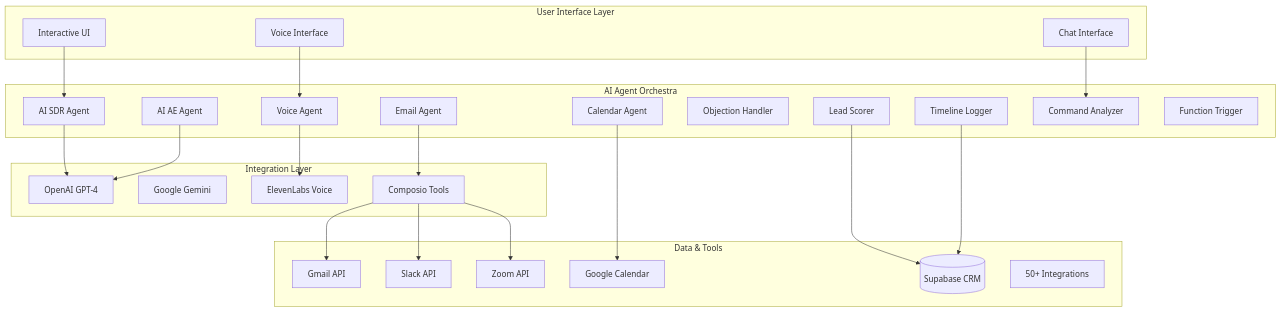
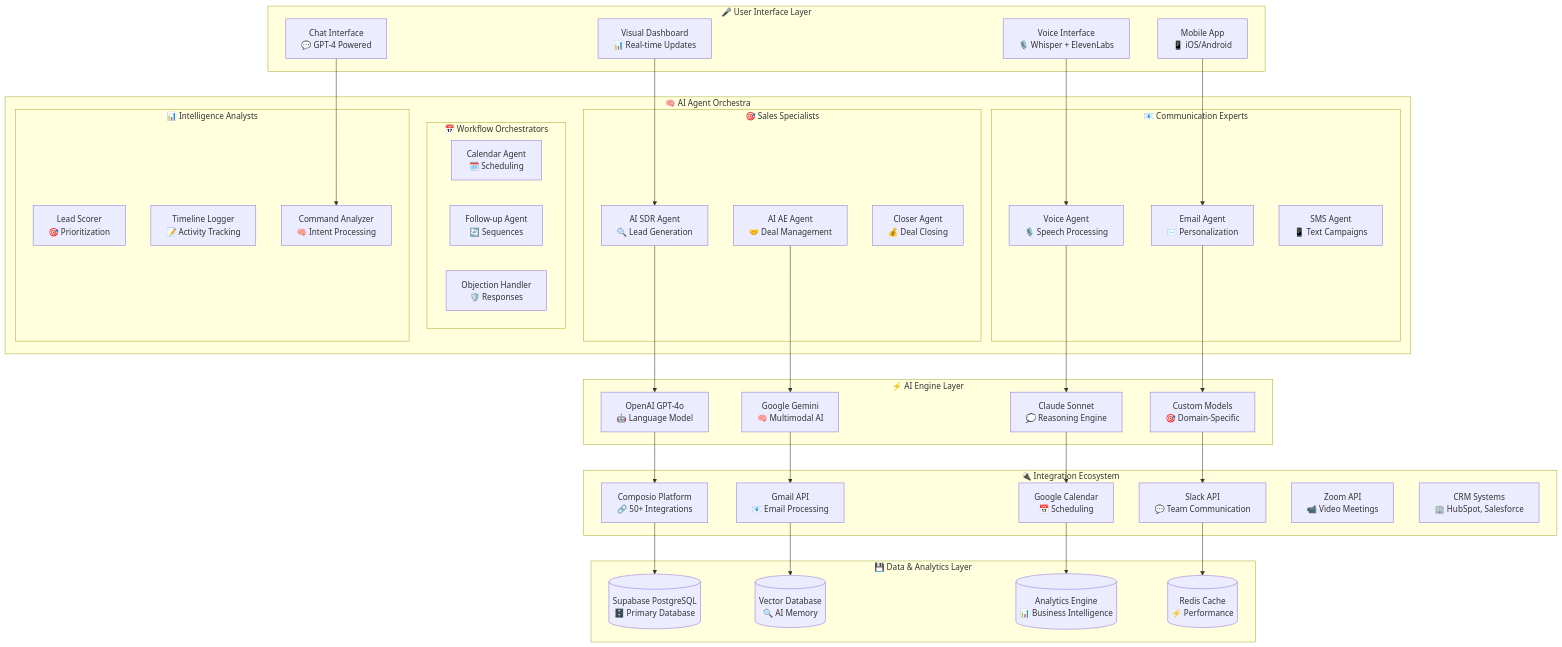
The second of 6 diagrams in README.md (deangilmoreremix/aiagentsuite), drawn with Mermaid before and after one commit. The commit also changed other lines of this file, not shown here.

````diff
--- a/README.md
+++ b/README.md
@@ -66,54 +183,78 @@
 ```mermaid
 graph TB
-    subgraph "User Interface Layer"
-        UI[Interactive UI]
-        Voice[Voice Interface]
-        Chat[Chat Interface]
+    subgraph "🎤 User Interface Layer"
+        Voice[Voice Interface<br/>🎙️ Whisper + ElevenLabs]
+        Chat[Chat Interface<br/>💬 GPT-4 Powered]
+        UI[Visual Dashboard<br/>📊 Real-time Updates]
+        Mobile[Mobile App<br/>📱 iOS/Android]
     end
     
-    subgraph "AI Agent Orchestra"
-        SDR[AI SDR Agent]
-        AE[AI AE Agent]
-        Voice_Agent[Voice Agent]
-        Email[Email Agent]
-        Calendar[Calendar Agent]
-        Handler[Objection Handler]
-        Scorer[Lead Scorer]
-        Logger[Timeline Logger]
-        Analyzer[Command Analyzer]
-        Trigger[Function Trigger]
+    subgraph "🧠 AI Agent Orchestra"
+        subgraph "🎯 Sales Specialists"
+            SDR[AI SDR Agent<br/>🔍 Lead Generation]
+            AE[AI AE Agent<br/>🤝 Deal Management]
+            Closer[Closer Agent<br/>💰 Deal Closing]
+        end
+        
+        subgraph "📧 Communication Experts"
+            Email[Email Agent<br/>✉️ Personalization]
+            Voice_Agent[Voice Agent<br/>🎙️ Speech Processing]
+            SMS[SMS Agent<br/>📱 Text Campaigns]
+        end
+        
+        subgraph "📅 Workflow Orchestrators"
+            Calendar[Calendar Agent<br/>🗓️ Scheduling]
+            Follow[Follow-up Agent<br/>🔄 Sequences]
+            Handler[Objection Handler<br/>🛡️ Responses]
+        end
+        
+        subgraph "📊 Intelligence Analysts"
+            Scorer[Lead Scorer<br/>🎯 Prioritization]
+            Logger[Timeline Logger<br/>📝 Activity Tracking]
+            Analyzer[Command Analyzer<br/>🧠 Intent Processing]
+        end
     end
     
-    subgraph "Integration Layer"
-        OpenAI[OpenAI GPT-4]
-        Gemini[Google Gemini]
-        ElevenLabs[ElevenLabs Voice]
-        Composio[Composio Tools]
+    subgraph "⚡ AI Engine Layer"
+        OpenAI[OpenAI GPT-4o<br/>🤖 Language Model]
+        Gemini[Google Gemini<br/>🧠 Multimodal AI]
+        Claude[Claude Sonnet<br/>💭 Reasoning Engine]
+        Custom[Custom Models<br/>🎯 Domain-Specific]
     end
     
-    subgraph "Data & Tools"
-        Supabase[(Supabase CRM)]
-        Gmail[Gmail API]
-        Calendar_API[Google Calendar]
-        Slack[Slack API]
-        Zoom[Zoom API]
-        External[50+ Integrations]
+    subgraph "🔌 Integration Ecosystem"
+        Composio[Composio Platform<br/>🔗 50+ Integrations]
+        Gmail[Gmail API<br/>📧 Email Processing]
+        Calendar_API[Google Calendar<br/>📅 Scheduling]
+        Slack[Slack API<br/>💬 Team Communication]
+        Zoom[Zoom API<br/>📹 Video Meetings]
+        CRM[CRM Systems<br/>🏢 HubSpot, Salesforce]
     end
     
-    UI --> SDR
+    subgraph "💾 Data & Analytics Layer"
+        Supabase[(Supabase PostgreSQL<br/>🗄️ Primary Database)]
+        Vector[(Vector Database<br/>🔍 AI Memory)]
+        Analytics[(Analytics Engine<br/>📊 Business Intelligence)]
+        Cache[(Redis Cache<br/>⚡ Performance)]
+    end
+    
     Voice --> Voice_Agent
     Chat --> Analyzer
+    UI --> SDR
+    Mobile --> Email
     
     SDR --> OpenAI
-    AE --> OpenAI
-    Voice_Agent --> ElevenLabs
-    Email --> Composio
-    Calendar --> Calendar_API
+    AE --> Gemini
+    Voice_Agent --> Claude
+    Email --> Custom
     
-    Composio --> Gmail
-    Composio --> Slack
-    Composio --> Zoom
+    OpenAI --> Composio
+    Gemini --> Gmail
+    Claude --> Calendar_API
+    Custom --> Slack
     
-    Logger --> Supabase
-    Scorer --> Supabase
+    Composio --> Supabase
+    Gmail --> Vector
+    Calendar_API --> Analytics
+    Slack --> Cache
 ```
````
